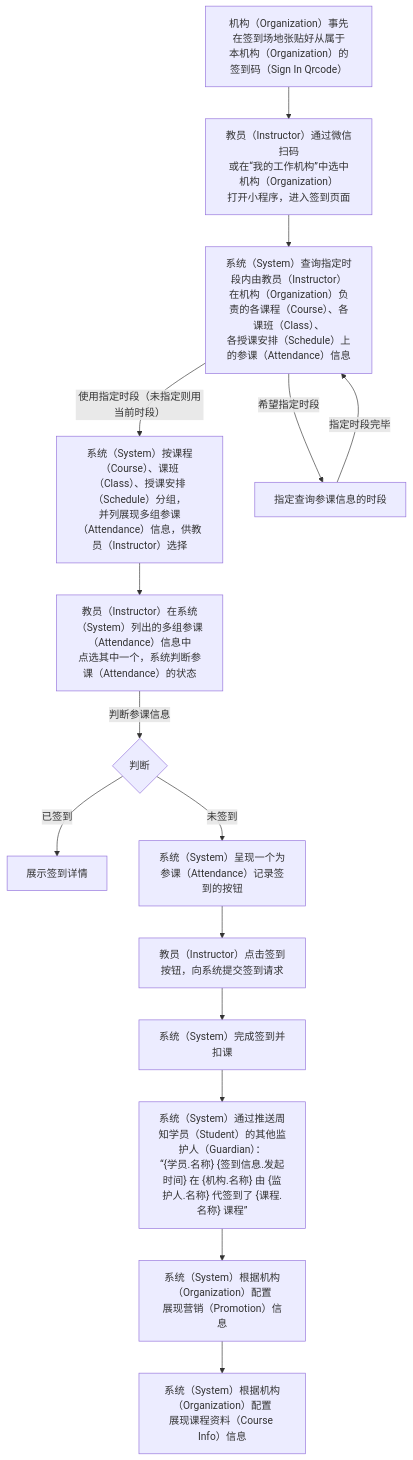
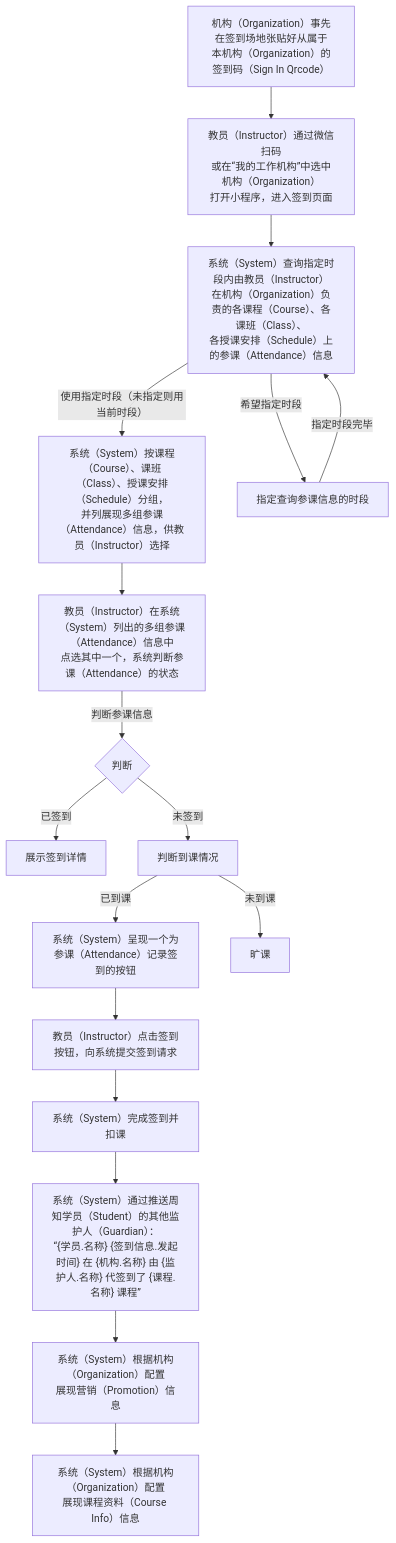
Before and after one commit to world-wide-web/sign: the third of 3 diagrams in 用例/签到.md, drawn with Mermaid. The commit also changed other lines of this file, not shown here.

Commit message:
用例/签到.md updated from https://stackedit.io/

````diff
--- a/用例/签到.md
+++ b/用例/签到.md
@@ -82,44 +82,46 @@
 ```mermaid
 graph TD
 
 准备签到码-->扫描签到码
 扫描签到码-->列出负责的授课单元
 列出负责的授课单元--"使用指定时段（未指定则用当前时段）"-->展现授课单元下的参课信息
 列出负责的授课单元--希望指定时段-->指定查询参课信息的时段
 指定查询参课信息的时段--指定时段完毕-->列出负责的授课单元
 展现授课单元下的参课信息-->选择参课信息
 选择参课信息--判断参课信息-->判断参课信息
 判断参课信息--已签到-->展示签到详情
-判断参课信息--未签到-->呈现签到按钮
+判断参课信息--未签到-->判断到课情况
+判断到课情况--已到课-->呈现签到按钮
+判断到课情况--未到课-->旷课
 呈现签到按钮-->提交签到请求
 提交签到请求-->签到扣课
 签到扣课-->周知签到情况
 周知签到情况-->展示营销信息
 展示营销信息-->展示课程资料
 
 准备签到码["<center>机构（Organization）事先在签到场地张贴好从属于<br>本机构（Organization）的签到码（Sign In Qrcode）</center>"]
 
 扫描签到码["<center>教员（Instructor）通过微信扫码<br>或在“我的工作机构”中选中机构（Organization）<br>打开小程序，进入签到页面</center>"]
 
 列出负责的授课单元["<center>系统（System）查询指定时段内由教员（Instructor）<br>在机构（Organization）负责的各课程（Course）、各课班（Class）、<br>各授课安排（Schedule）上的参课（Attendance）信息"]
 
 指定查询参课信息的时段
 
 展现授课单元下的参课信息["<center>系统（System）按课程（Course）、课班（Class）、授课安排（Schedule）分组，<br>并列展现多组参课（Attendance）信息，供教员（Instructor）选择</center>"]
 
 选择参课信息["<center>教员（Instructor）在系统（System）列出的多组参课（Attendance）信息中<br>点选其中一个，系统判断参课（Attendance）的状态</center>"]
 
 判断参课信息{"<center>判断</center>"}
 
 呈现签到按钮["<center>系统（System）呈现一个为参课（Attendance）记录签到的按钮</center>"]
 
 提交签到请求["<center>教员（Instructor）点击签到按钮，向系统提交签到请求</center>"]
 
 签到扣课["<center>系统（System）完成签到并扣课</center>"]
 
 周知签到情况["<center>系统（System）通过推送周知学员（Student）的其他监护人（Guardian）：<br>“{学员.名称} {签到信息.发起时间} 在 {机构.名称} 由 {监护人.名称} 代签到了 {课程.名称} 课程”</center>"]
 
 展示营销信息["<center>系统（System）根据机构（Organization）配置<br>展现营销（Promotion）信息</center>"]
 
 展示课程资料["<center>系统（System）根据机构（Organization）配置<br>展现课程资料（Course Info）信息</center>"]
 ```
````
